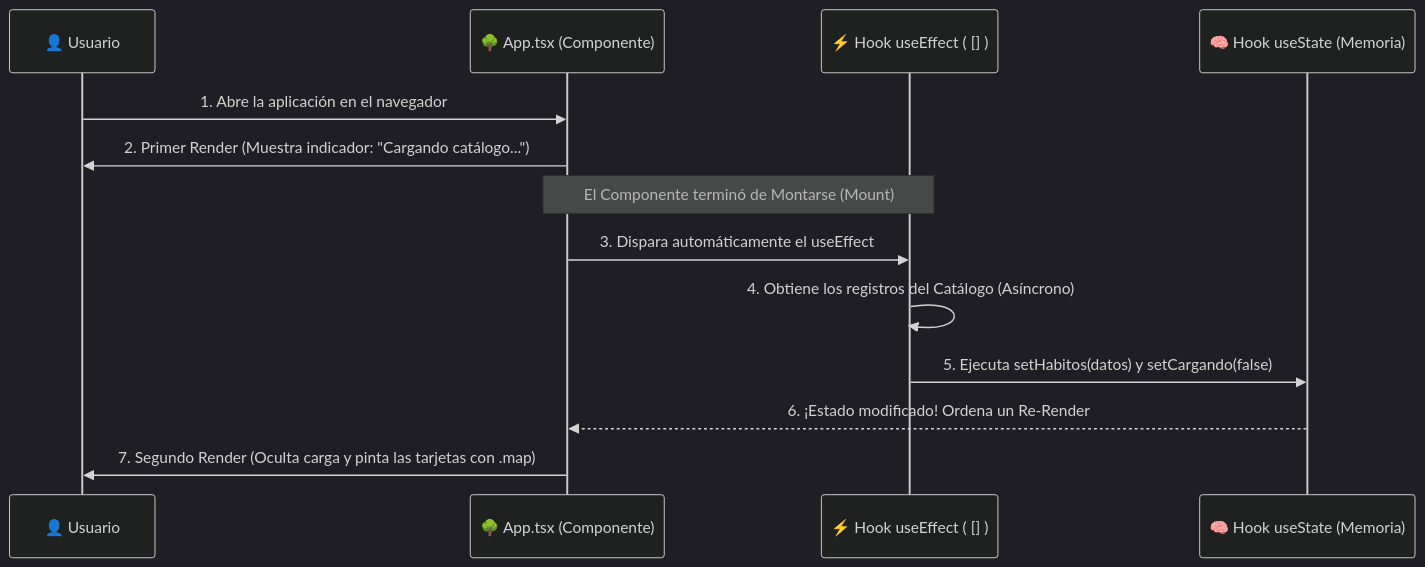
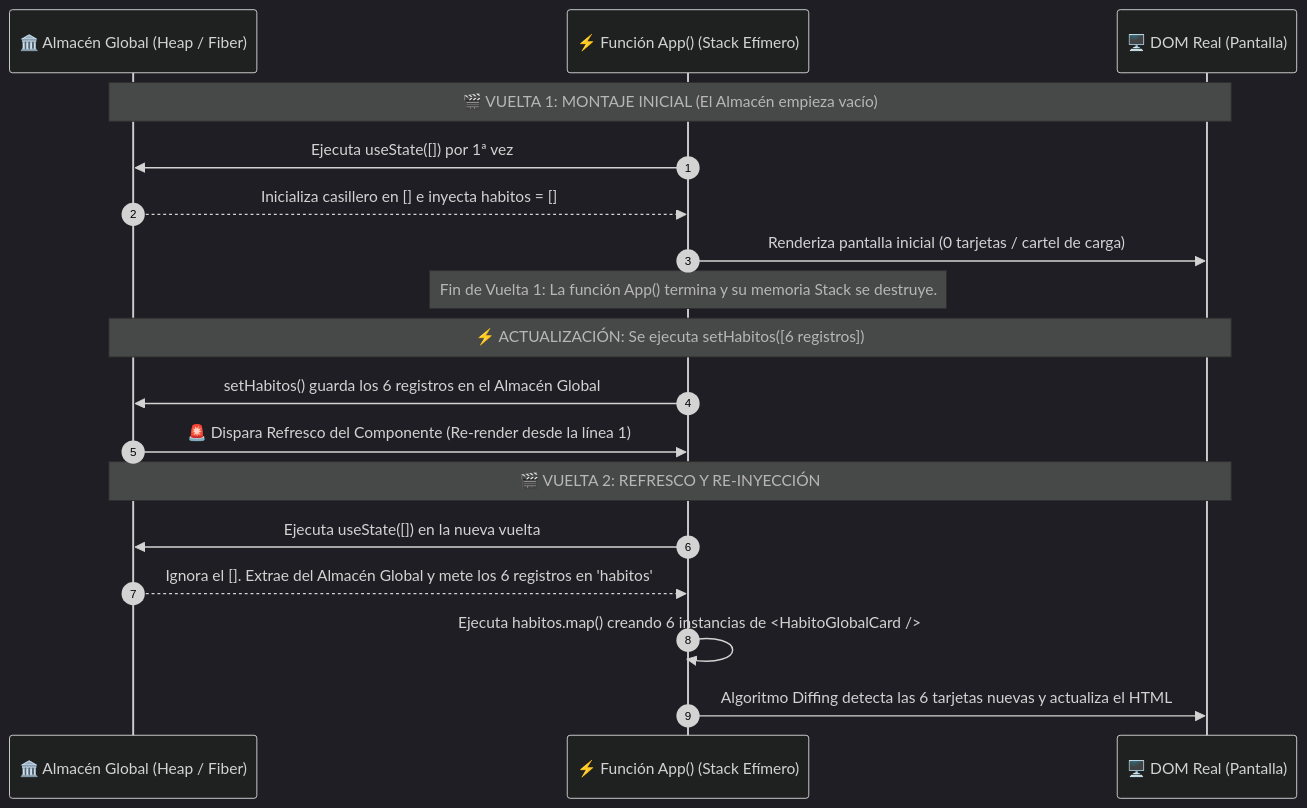
Before and after one commit to ConsSorto/ConsSorto.github.io: the second of 2 diagrams in is-912/fase-2/13.md, drawn with Mermaid. The commit also changed other lines of this file, not shown here.

Commit message:
docs: Update class 13 with memory architecture and persistence levels

````diff
--- a/is-912/fase-2/13.md
+++ b/is-912/fase-2/13.md
@@ -76,17 +86,24 @@
 ```mermaid
 %%{init: {'theme': 'dark', 'themeVariables': { 'lineColor': '#BB86FC', 'primaryColor': '#3700B3', 'nodeBorder': '#03DAC6' }}}%%
 sequenceDiagram
-    participant Usuario as 👤 Usuario
-    participant App as 🌳 App.tsx (Componente)
-    participant Effect as ⚡ Hook useEffect ( [] )
-    participant State as 🧠 Hook useState (Memoria)
+    autonumber
+    participant Heap as 🏛️ Almacén Global (Heap / Fiber)
+    participant App as ⚡ Función App() (Stack Efímero)
+    participant DOM as 🖥️ DOM Real (Pantalla)
 
-    Usuario->>App: 1. Abre la aplicación en el navegador
-    App->>Usuario: 2. Primer Render (Muestra indicador: "Cargando catálogo...")
-    Note over App,Effect: El Componente terminó de Montarse (Mount)
-    App->>Effect: 3. Dispara automáticamente el useEffect
-    Effect->>Effect: 4. Obtiene los registros del Catálogo (Asíncrono)
-    Effect->>State: 5. Ejecuta setHabitos(datos) y setCargando(false)
-    State-->>App: 6. ¡Estado modificado! Ordena un Re-Render
-    App->>Usuario: 7. Segundo Render (Oculta carga y pinta las tarjetas con .map)
+    Note over Heap,DOM: 🎬 VUELTA 1: MONTAJE INICIAL (El Almacén empieza vacío)
+    App->>Heap: Ejecuta useState([]) por 1ª vez
+    Heap-->>App: Inicializa casillero en [] e inyecta habitos = []
+    App->>DOM: Renderiza pantalla inicial (0 tarjetas / cartel de carga)
+    Note over App: Fin de Vuelta 1: La función App() termina y su memoria Stack se destruye.
+
+    Note over Heap,DOM: ⚡ ACTUALIZACIÓN: Se ejecuta setHabitos([6 registros])
+    App->>Heap: setHabitos() guarda los 6 registros en el Almacén Global
+    Heap->>App: 🚨 Dispara Refresco del Componente (Re-render desde la línea 1)
+
+    Note over Heap,DOM: 🎬 VUELTA 2: REFRESCO Y RE-INYECCIÓN
+    App->>Heap: Ejecuta useState([]) en la nueva vuelta
+    Heap-->>App: Ignora el []. Extrae del Almacén Global y mete los 6 registros en 'habitos'
+    App->>App: Ejecuta habitos.map() creando 6 instancias de <HabitoGlobalCard />
+    App->>DOM: Algoritmo Diffing detecta las 6 tarjetas nuevas y actualiza el HTML
 ```
````
